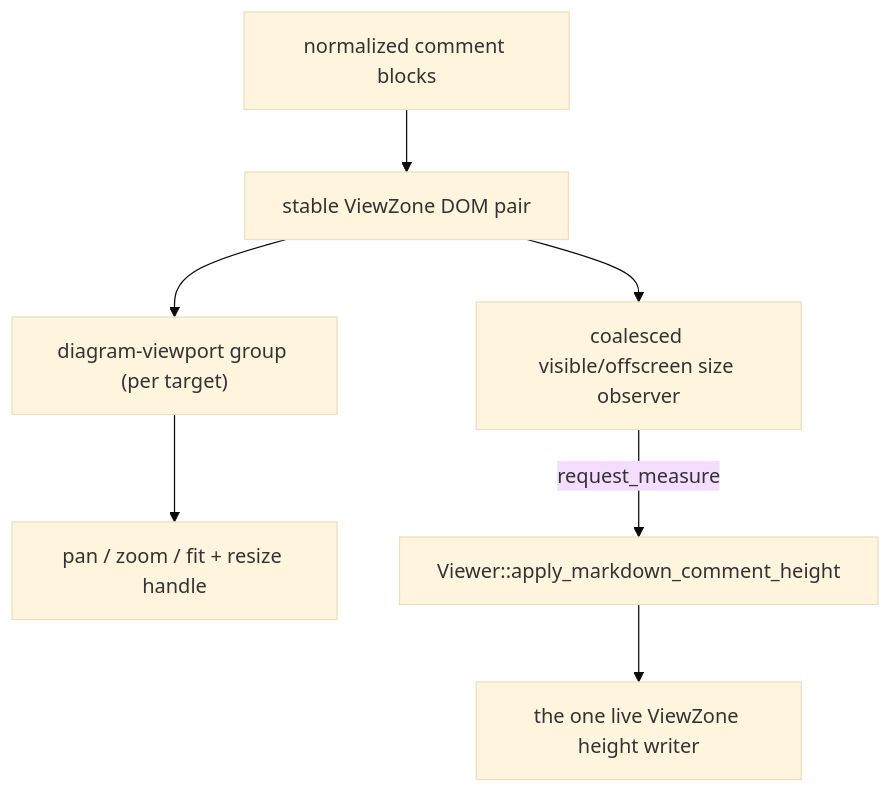
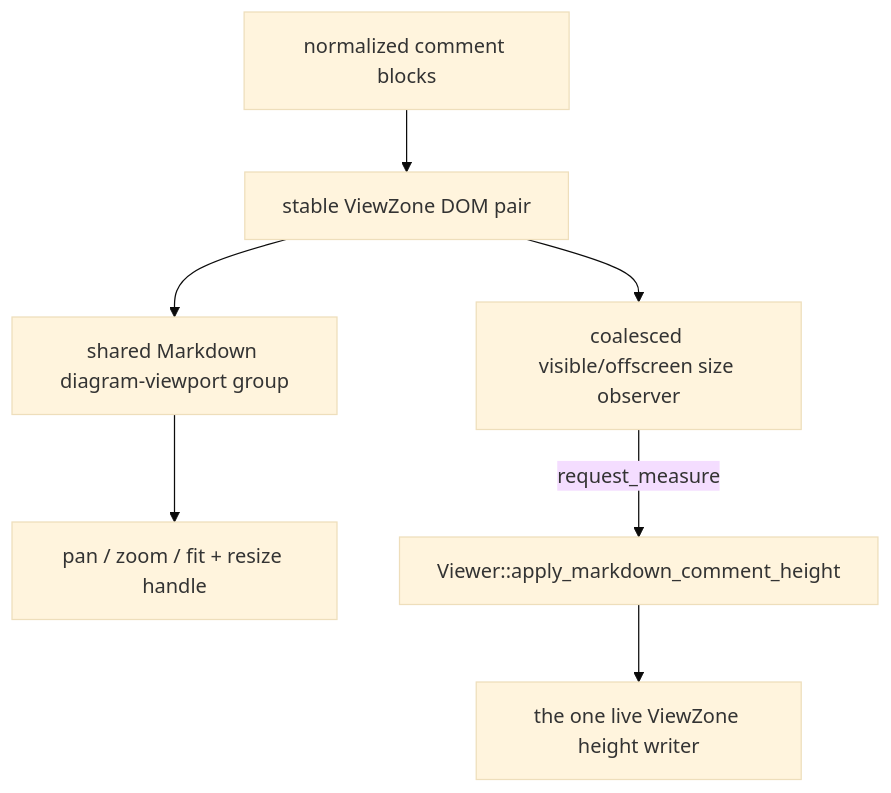
The diagram in internal/viewer/contrib/markdown_comments/browser/README.mbt.md (moonbitlang/editor), drawn with Mermaid (base theme) before and after one commit. The commit also changed other lines of this file and 17 other files, not shown here.

Commit message:
Enable diagram controls in Markdown documents

````diff
--- a/internal/viewer/contrib/markdown_comments/browser/README.mbt.md
+++ b/internal/viewer/contrib/markdown_comments/browser/README.mbt.md
@@ -37,9 +37,9 @@
 ```mermaid
 flowchart TB
   N["normalized comment blocks"] --> Z["stable ViewZone DOM pair"]
   Z --> OB["coalesced visible/offscreen size observer"]
-  Z --> VP["diagram-viewport group (per target)"]
+  Z --> VP["shared Markdown diagram-viewport group"]
   VP --> C["pan / zoom / fit + resize handle"]
   OB -->|"request_measure"| H["Viewer::apply_markdown_comment_height"]
   H --> ZH["the one live ViewZone height writer"]
 ```
````
